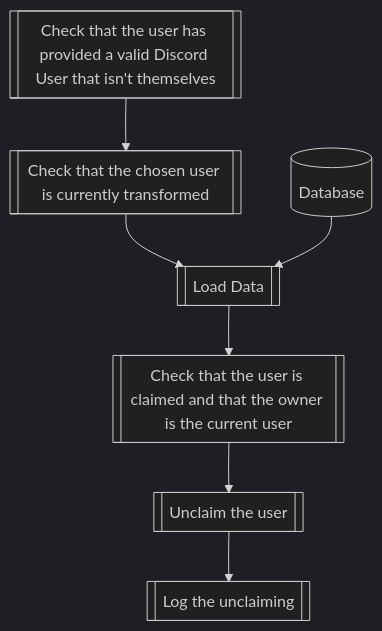
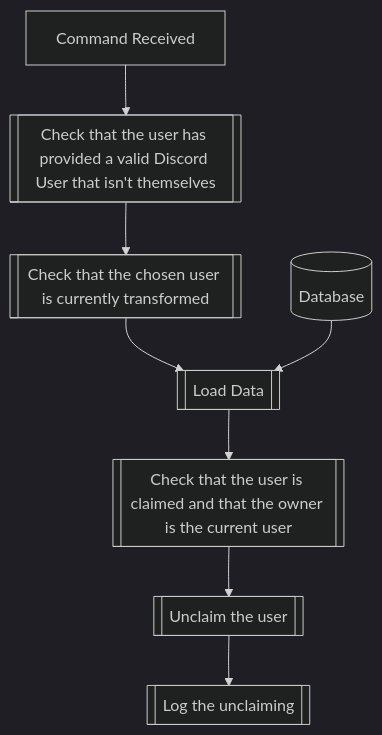
One commit to dorythecat/TransforMate changed the second of 2 diagrams in docs/commands/transformation/claim_and_unclaim.md. Above: the diagram before and after it, drawn with Mermaid (dark theme). The commit also changed other lines of this file and 6 other files, not shown here.

Commit message:
Made command documentation flow graphs better

````diff
--- a/docs/commands/transformation/claim_and_unclaim.md
+++ b/docs/commands/transformation/claim_and_unclaim.md
@@ -30,10 +30,10 @@
 ```mermaid
 flowchart TD
-    CheckUser[[Check that the user has provided a valid Discord User that isn't themselves]]
+    CommandReceived[Command Received] --> CheckUser[[Check that the user has provided a valid Discord User that isn't themselves]]
     CheckUser --> SecondCheckUser[[Check that the chosen user is currently transformed]]
     SecondCheckUser --> LoadData[[Load Data]]
     Database[(Database)] --> LoadData
     LoadData --> CheckClaim[[Check that the user is claimed and that the owner is the current user]]
     CheckClaim --> Unclaim[[Unclaim the user]]
     Unclaim --> Log[[Log the unclaiming]]
 ```
````
